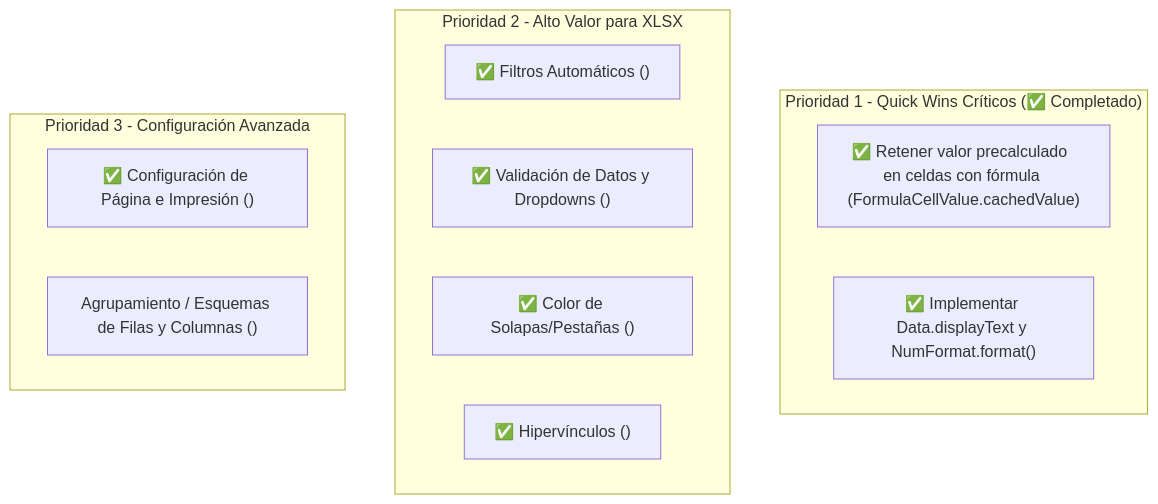
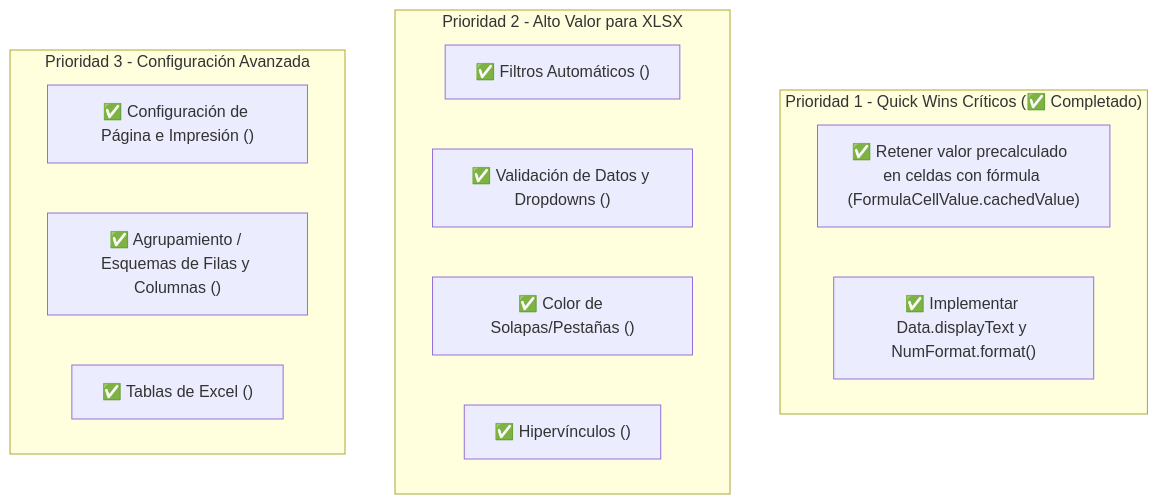
One commit to DecksPlayer/excel_community changed the third of 3 diagrams in COMPARISON_EXCEL_COMMUNITY_VS_EXCEL_PLUS.md. Above: the diagram before and after it, drawn with Mermaid. The commit also changed other lines of this file and 40 other files, not shown here.

````diff
--- a/COMPARISON_EXCEL_COMMUNITY_VS_EXCEL_PLUS.md
+++ b/COMPARISON_EXCEL_COMMUNITY_VS_EXCEL_PLUS.md
@@ -323,17 +325,18 @@
 ```mermaid
 graph TD
     subgraph "Prioridad 1 - Quick Wins Críticos (✅ Completado)"
         P1A["✅ Retener valor precalculado <v> en celdas con fórmula (FormulaCellValue.cachedValue)"]
         P1B["✅ Implementar Data.displayText y NumFormat.format()"]
     end
     subgraph "Prioridad 2 - Alto Valor para XLSX"
         P2A["✅ Filtros Automáticos (<autoFilter>)"]
         P2B["✅ Validación de Datos y Dropdowns (<dataValidation>)"]
         P2C["✅ Color de Solapas/Pestañas (<tabColor>)"]
         P2D["✅ Hipervínculos (<hyperlinks>)"]
     end
     subgraph "Prioridad 3 - Configuración Avanzada"
         P3A["✅ Configuración de Página e Impresión (<pageSetup>)"]
-        P3B["Agrupamiento / Esquemas de Filas y Columnas (<outlinePr>)"]
+        P3B["✅ Agrupamiento / Esquemas de Filas y Columnas (<outlinePr>)"]
+        P3C["✅ Tablas de Excel (<tableParts>)"]
     end
 ```
````
